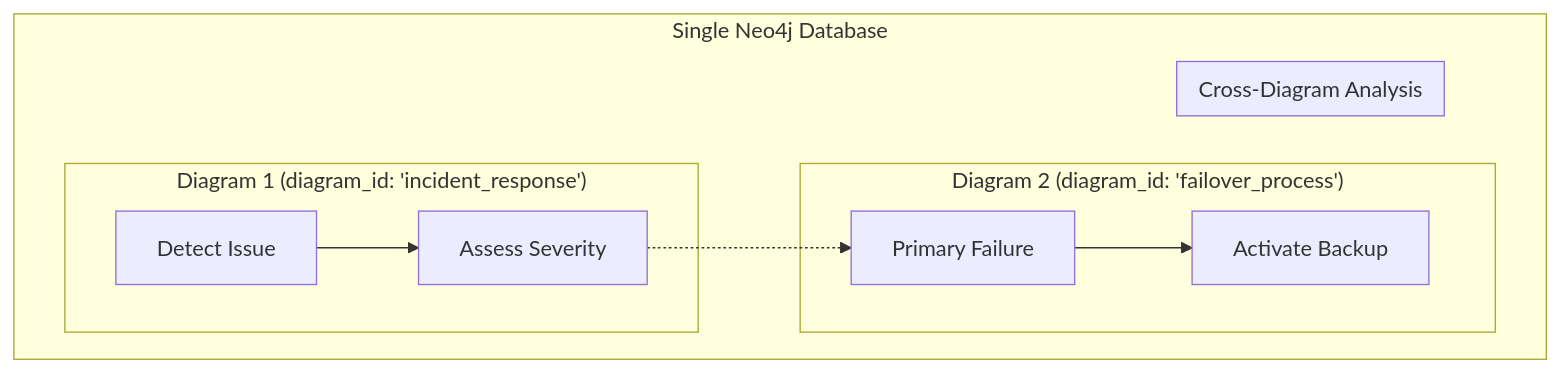
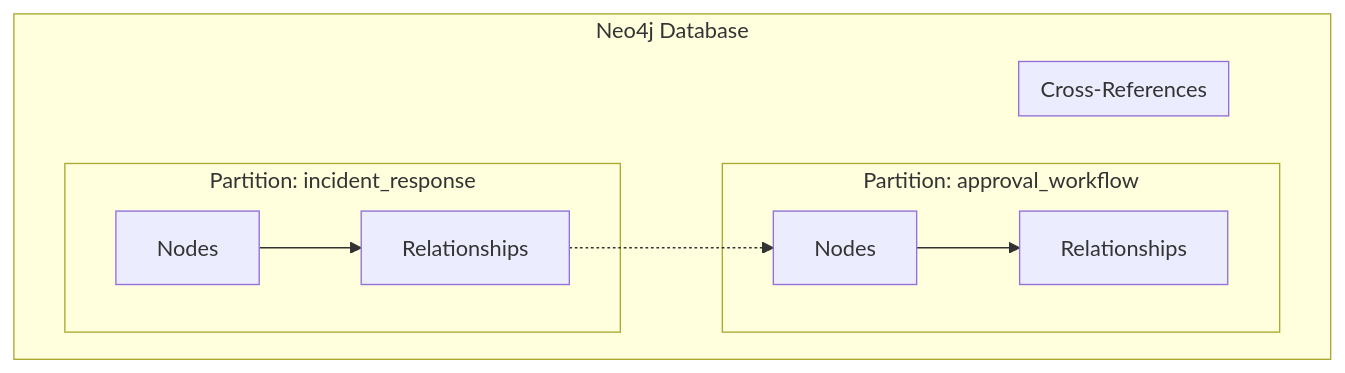
One commit to keo571/netbot-v2 changed the fourth of 5 diagrams in docs/architecture/simple-architecture.md. Above: the diagram before and after it, drawn with Mermaid. The commit also changed other lines of this file, not shown here.

First line of the commit message:
Save legacy stable code and architecture documentation

````diff
--- a/docs/architecture/simple-architecture.md
+++ b/docs/architecture/simple-architecture.md
@@ -219,20 +114,16 @@
 ```mermaid
 graph TD
-    subgraph "Single Neo4j Database"
-        subgraph "Diagram 1 (diagram_id: 'incident_response')"
-            A[Detect Issue]
-            B[Assess Severity]
-            A --> B
+    subgraph "Neo4j Database"
+        subgraph "Partition: incident_response"
+            A[Nodes] --> B[Relationships]
         end
         
-        subgraph "Diagram 2 (diagram_id: 'failover_process')"
-            C[Primary Failure]
-            D[Activate Backup]
-            C --> D
+        subgraph "Partition: approval_workflow"
+            C[Nodes] --> D[Relationships]
         end
         
-        subgraph "Cross-Diagram Analysis"
+        subgraph "Cross-References"
             B -.-> C
         end
     end
 ```
````
